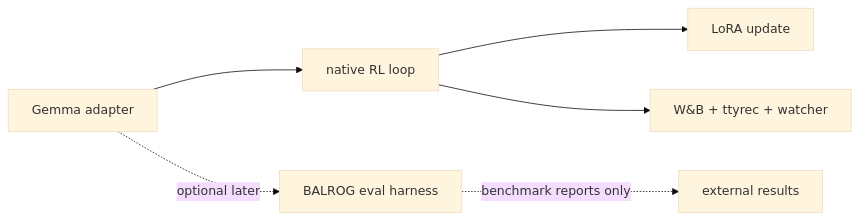
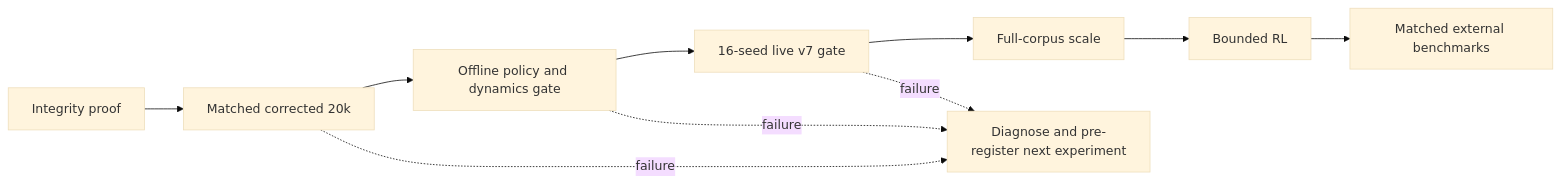
Before and after one commit to ericfode/learn-nethack: the diagram in AGENTS.md, drawn with Mermaid (base theme). The commit also changed other lines of this file and 24 other files, not shown here.

Commit message:
Establish corrected training integrity gates

````diff
--- a/AGENTS.md
+++ b/AGENTS.md
@@ -149,9 +44,12 @@
 ```mermaid
 flowchart LR
-  A["Gemma adapter"] --> N["native RL loop"]
-  N --> U["LoRA update"]
-  N --> W["W&B + ttyrec + watcher"]
-
-  A -. "optional later" .-> B["BALROG eval harness"]
-  B -. "benchmark reports only" .-> R["external results"]
+  I["Integrity proof"] --> C["Matched corrected 20k"]
+  C --> O["Offline policy and dynamics gate"]
+  O --> L["16-seed live v7 gate"]
+  L --> F["Full-corpus scale"]
+  F --> R["Bounded RL"]
+  R --> B["Matched external benchmarks"]
+  C -. "failure" .-> D["Diagnose and pre-register next experiment"]
+  O -. "failure" .-> D
+  L -. "failure" .-> D
 ```
````
